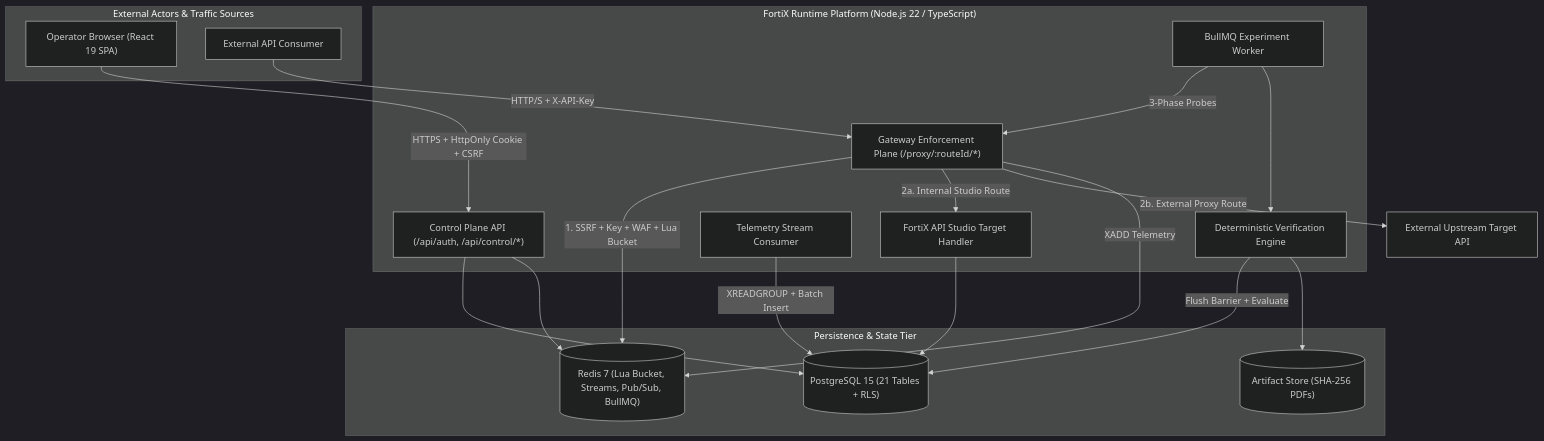
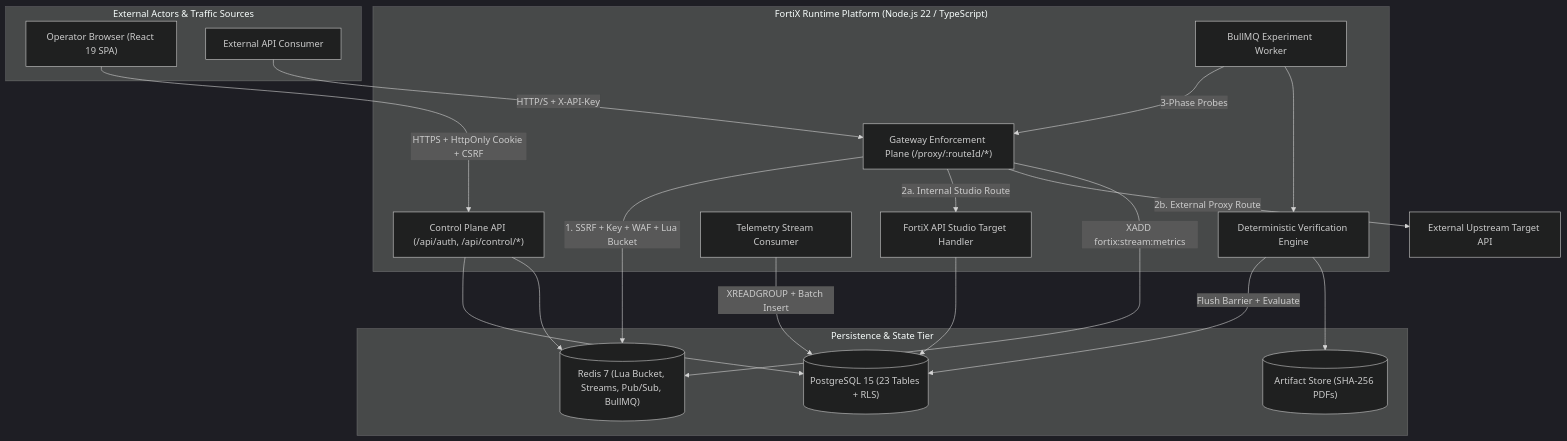
The diagram in docs/reports/diagrams/fig01_architecture.mmd (mr-vdnt/FortiX), drawn with Mermaid (dark theme) before and after one commit. The commit also changed 124 other files, not shown here.

First line of the commit message:
feat(learn,auth,docs): add Video Learning Center (FTX-LEARN-001), harden Login/OTP flows, and update 86-page B.Tech IT Project Report

```diff
--- a/docs/reports/diagrams/fig01_architecture.mmd
+++ b/docs/reports/diagrams/fig01_architecture.mmd
@@ -1,33 +1,33 @@
 flowchart TB
   subgraph Clients["External Actors & Traffic Sources"]
     OP["Operator Browser (React 19 SPA)"]
     CON["External API Consumer"]
   end
   subgraph FortiX["FortiX Runtime Platform (Node.js 22 / TypeScript)"]
     CP["Control Plane API (/api/auth, /api/control/*)"]
     GW["Gateway Enforcement Plane (/proxy/:routeId/*)"]
     ST["FortiX API Studio Target Handler"]
     WK["BullMQ Experiment Worker"]
     TW["Telemetry Stream Consumer"]
     VE["Deterministic Verification Engine"]
   end
   subgraph Data["Persistence & State Tier"]
-    PG[("PostgreSQL 15 (21 Tables + RLS)")]
+    PG[("PostgreSQL 15 (23 Tables + RLS)")]
     RD[("Redis 7 (Lua Bucket, Streams, Pub/Sub, BullMQ)")]
     FS[("Artifact Store (SHA-256 PDFs)")]
   end
   UP["External Upstream Target API"]
   OP -->|HTTPS + HttpOnly Cookie + CSRF| CP
   CON -->|HTTP/S + X-API-Key| GW
   CP --> PG
   CP --> RD
   GW -->|1. SSRF + Key + WAF + Lua Bucket| RD
   GW -->|2a. Internal Studio Route| ST
   GW -->|2b. External Proxy Route| UP
   ST --> PG
-  GW -->|XADD Telemetry| RD
+  GW -->|XADD fortix:stream:metrics| RD
   TW -->|XREADGROUP + Batch Insert| PG
   WK -->|3-Phase Probes| GW
   WK --> VE
   VE -->|Flush Barrier + Evaluate| PG
   VE --> FS
```
